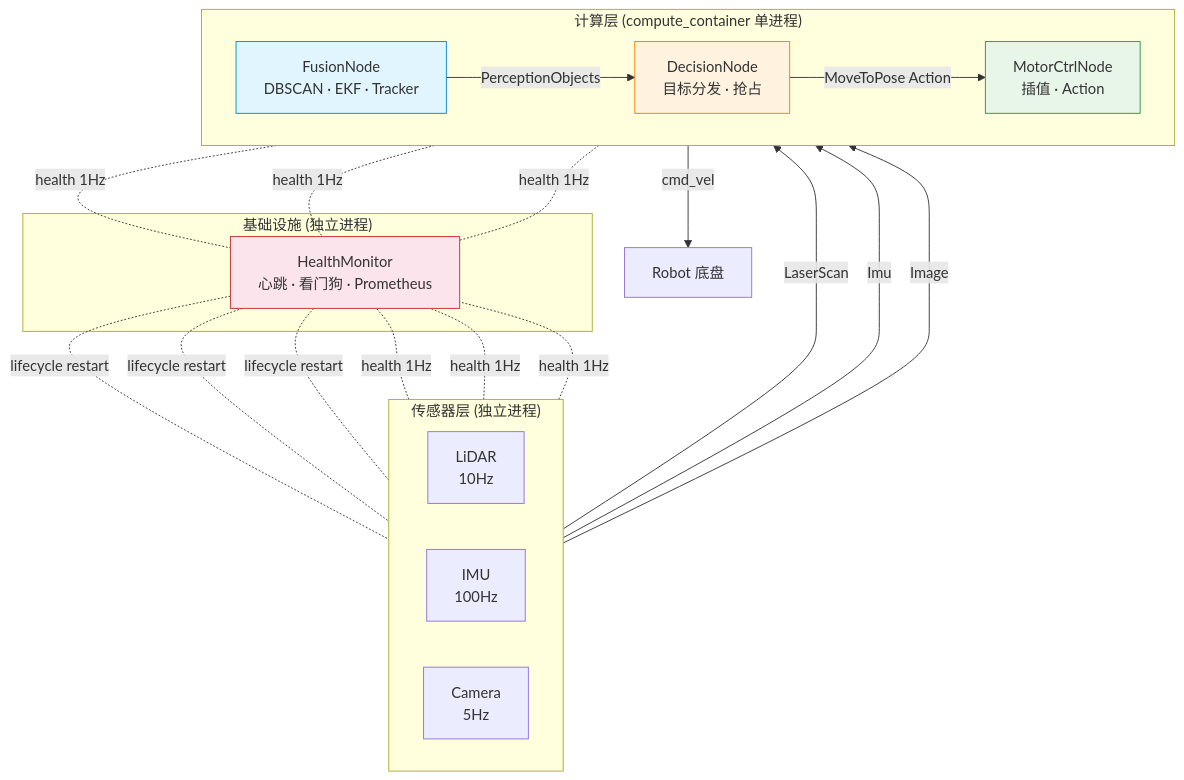
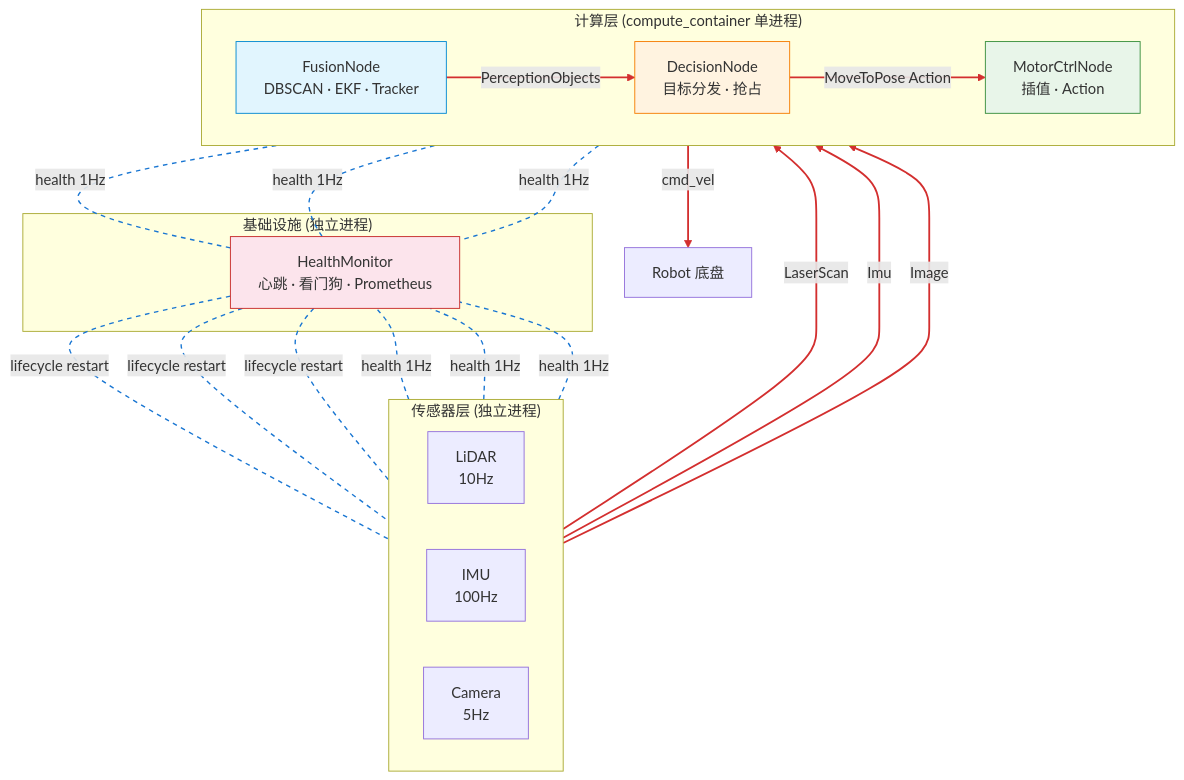
The second of 5 diagrams in doc/ARCHITECTURE.md (guang-lee-cn/ros2_robot_middleware), drawn with Mermaid before and after one commit. The commit also changed other lines of this file, not shown here.

Commit message:
fix(docs): rename to 系统运行时视图, colored links back

````diff
--- a/doc/ARCHITECTURE.md
+++ b/doc/ARCHITECTURE.md
@@ -91,43 +91,59 @@
 ```mermaid
 flowchart TB
     subgraph sensors["&nbsp;&nbsp;&nbsp;&nbsp; 传感器层 (独立进程) &nbsp;&nbsp;&nbsp;&nbsp;"]
         direction LR
         L["LiDAR<br/>10Hz"]
         I["IMU<br/>100Hz"]
         C["Camera<br/>5Hz"]
     end
 
     subgraph compute["&nbsp;&nbsp;&nbsp;&nbsp; 计算层 (compute_container 单进程) &nbsp;&nbsp;&nbsp;&nbsp;"]
         direction LR
         FUSION["FusionNode<br/>DBSCAN · EKF · Tracker"]
         DECISION["DecisionNode<br/>目标分发 · 抢占"]
         MOTOR["MotorCtrlNode<br/>插值 · Action"]
     end
 
     subgraph infra["&nbsp;&nbsp;&nbsp;&nbsp; 基础设施 (独立进程) &nbsp;&nbsp;&nbsp;&nbsp;"]
         HEALTH["HealthMonitor<br/>心跳 · 看门狗 · Prometheus"]
     end
 
     L -->|"LaserScan"| FUSION
     I -->|"Imu"| FUSION
     C -->|"Image"| FUSION
     FUSION -->|"PerceptionObjects"| DECISION
     DECISION -->|"MoveToPose Action"| MOTOR
     MOTOR -->|"cmd_vel"| ROBOT["Robot 底盘"]
 
     L -.-|"health 1Hz"| HEALTH
     I -.-|"health 1Hz"| HEALTH
     C -.-|"health 1Hz"| HEALTH
     FUSION -.-|"health 1Hz"| HEALTH
     DECISION -.-|"health 1Hz"| HEALTH
     MOTOR -.-|"health 1Hz"| HEALTH
 
     HEALTH -.-|"lifecycle restart"| L
     HEALTH -.-|"lifecycle restart"| I
     HEALTH -.-|"lifecycle restart"| C
 
     style FUSION fill:#e1f5fe,stroke:#0288d1
     style DECISION fill:#fff3e0,stroke:#f57c00
     style MOTOR fill:#e8f5e9,stroke:#388e3c
     style HEALTH fill:#fce4ec,stroke:#c62828
+
+    linkStyle 0 stroke:#d32f2f,stroke-width:2px
+    linkStyle 1 stroke:#d32f2f,stroke-width:2px
+    linkStyle 2 stroke:#d32f2f,stroke-width:2px
+    linkStyle 3 stroke:#d32f2f,stroke-width:2px
+    linkStyle 4 stroke:#d32f2f,stroke-width:2px
+    linkStyle 5 stroke:#d32f2f,stroke-width:2px
+    linkStyle 6 stroke:#1976d2,stroke-width:1.5px,stroke-dasharray:5
+    linkStyle 7 stroke:#1976d2,stroke-width:1.5px,stroke-dasharray:5
+    linkStyle 8 stroke:#1976d2,stroke-width:1.5px,stroke-dasharray:5
+    linkStyle 9 stroke:#1976d2,stroke-width:1.5px,stroke-dasharray:5
+    linkStyle 10 stroke:#1976d2,stroke-width:1.5px,stroke-dasharray:5
+    linkStyle 11 stroke:#1976d2,stroke-width:1.5px,stroke-dasharray:5
+    linkStyle 12 stroke:#1976d2,stroke-width:1.5px,stroke-dasharray:5
+    linkStyle 13 stroke:#1976d2,stroke-width:1.5px,stroke-dasharray:5
+    linkStyle 14 stroke:#1976d2,stroke-width:1.5px,stroke-dasharray:5
 ```
````
